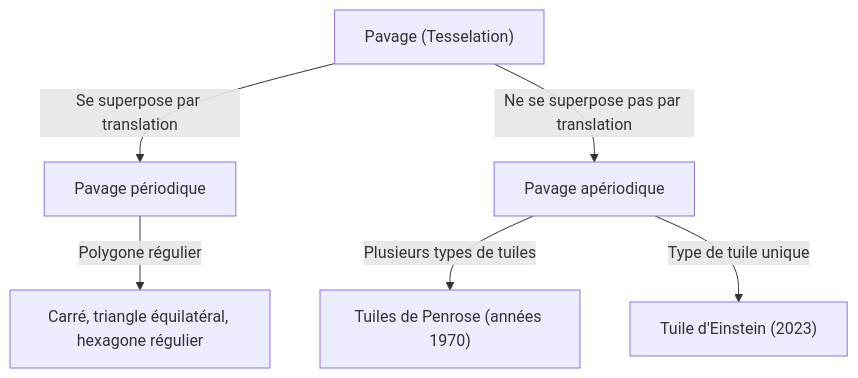
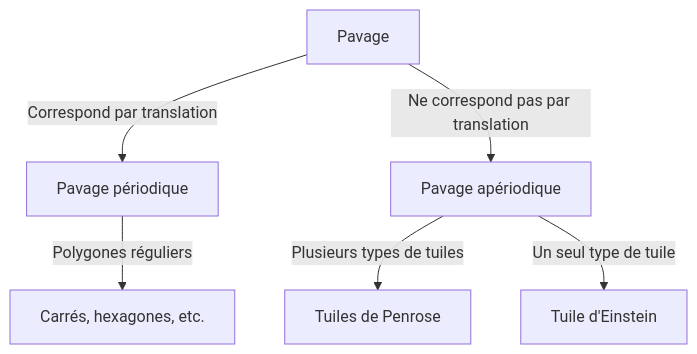
The diagram in content/post/aperiodic-tiling-problem/index.fr.md (kenjinote/blog), drawn with Mermaid before and after one commit. The commit also changed other lines of this file and 129 other files, not shown here.

````diff
--- a/content/post/aperiodic-tiling-problem/index.fr.md
+++ b/content/post/aperiodic-tiling-problem/index.fr.md
@@ -23,9 +17,8 @@
 ```mermaid
 graph TD
-    A["Pavage (Tesselation)"]
-    A -- "Se superpose par translation" --> B["Pavage périodique"]
-    A -- "Ne se superpose pas par translation" --> C["Pavage apériodique"]
-    B -- "Polygone régulier" --> D["Carré, triangle équilatéral, hexagone régulier"]
-    C -- "Plusieurs types de tuiles" --> E["Tuiles de Penrose (années 1970)"]
-    C -- "Type de tuile unique" --> F["Tuile d'Einstein (2023)"]
+    A["Pavage"] -- "Correspond par translation" --> B["Pavage périodique"]
+    A -- "Ne correspond pas par translation" --> C["Pavage apériodique"]
+    B -- "Polygones réguliers" --> D["Carrés, hexagones, etc."]
+    C -- "Plusieurs types de tuiles" --> E["Tuiles de Penrose"]
+    C -- "Un seul type de tuile" --> F["Tuile d'Einstein"]
 ```
````
